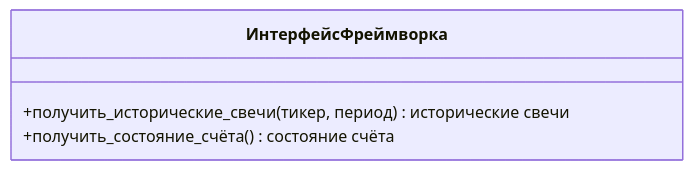
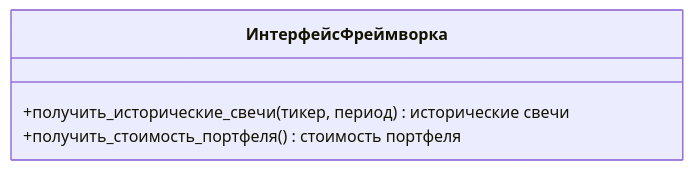
One commit to Marat22/MiriadRobotDocs changed the third of 5 diagrams in controller-logic.md. Above: the diagram before and after it, drawn with Mermaid. The commit also changed other lines of this file, not shown here.

````diff
--- a/controller-logic.md
+++ b/controller-logic.md
@@ -214,8 +110,8 @@
 ```mermaid
 classDiagram
   class ИнтерфейсФреймворка{
     +получить_исторические_свечи(тикер, период) исторические свечи
-    +получить_состояние_счёта() состояние счёта
+    +получить_стоимость_портфеля() стоимость портфеля
   }
 
 ```
````
